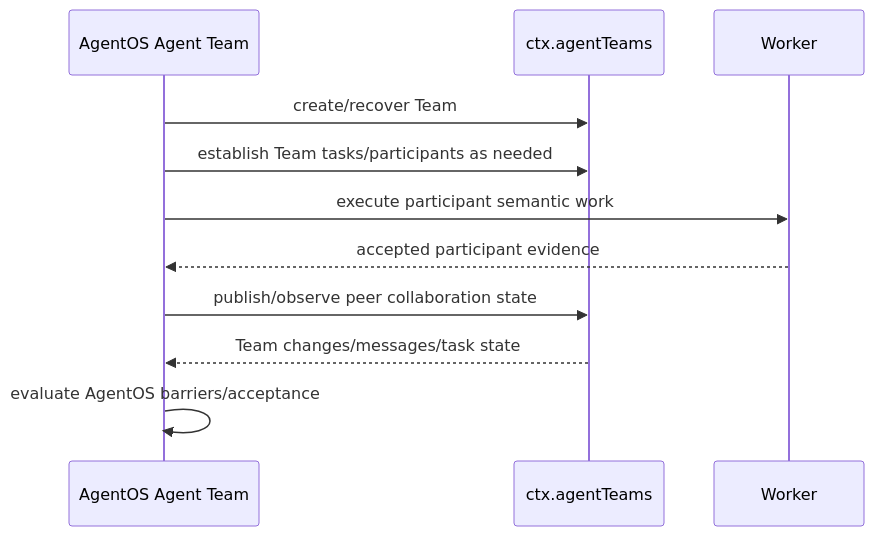
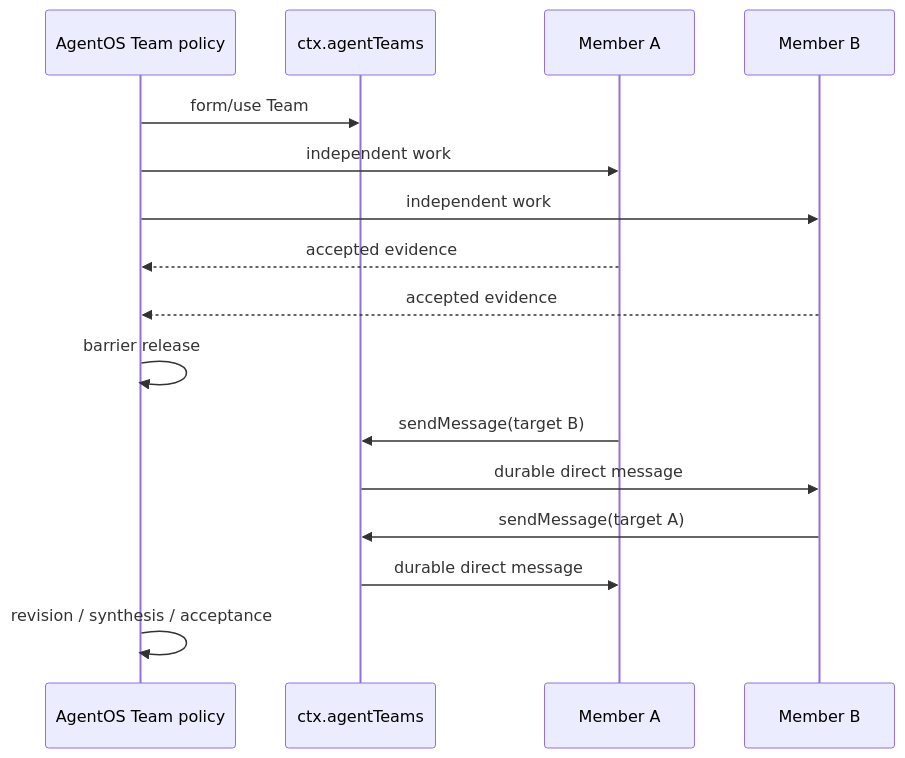
The second of 2 diagrams in docs/architecture/plugins/dsh/agent-team.md (tsuuanmi/AgentOS), drawn with Mermaid before and after one commit. The commit also changed other lines of this file and 41 other files, not shown here.

First line of the commit message:
docs: consolidate Worker-first MVP architecture

```diff
--- a/docs/architecture/plugins/dsh/agent-team.md
+++ b/docs/architecture/plugins/dsh/agent-team.md
@@ -48,14 +89,19 @@
 ~~~mermaid
 sequenceDiagram
-    participant A as AgentOS Agent Team
+    participant T as AgentOS Team policy
     participant D as ctx.agentTeams
-    participant W as Worker
+    participant A as Member A
+    participant B as Member B
 
-    A->>D: create/recover Team
-    A->>D: establish Team tasks/participants as needed
-    A->>W: execute participant semantic work
-    W-->>A: accepted participant evidence
-    A->>D: publish/observe peer collaboration state
-    D-->>A: Team changes/messages/task state
-    A->>A: evaluate AgentOS barriers/acceptance
+    T->>D: form/use Team
+    T->>A: independent work
+    T->>B: independent work
+    A-->>T: accepted evidence
+    B-->>T: accepted evidence
+    T->>T: barrier release
+    A->>D: sendMessage(target B)
+    D->>B: durable direct message
+    B->>D: sendMessage(target A)
+    D->>A: durable direct message
+    T->>T: revision / synthesis / acceptance
 ~~~
```
